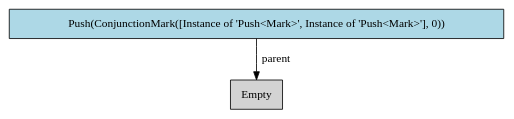
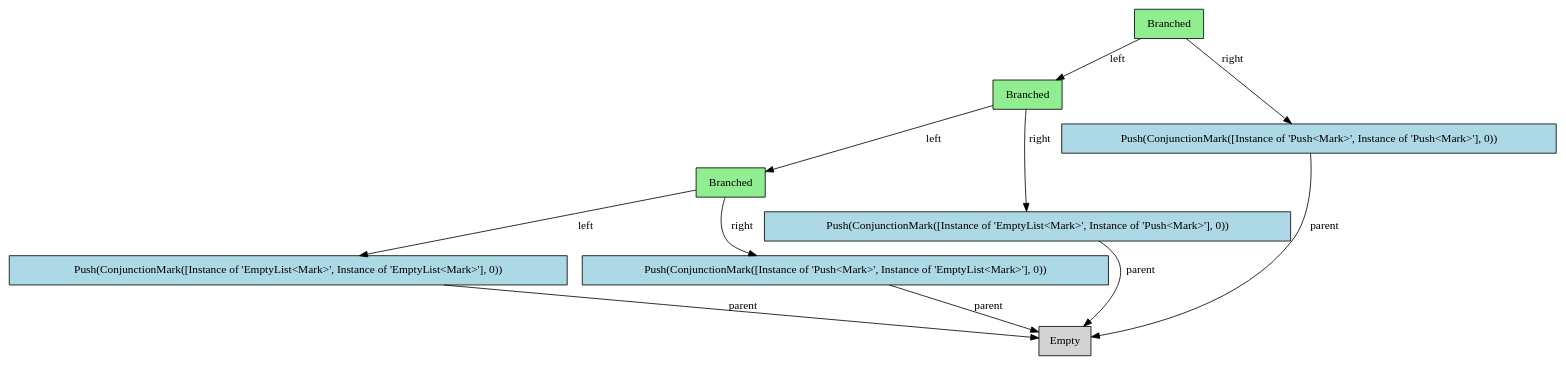
Before and after one commit to water-mizuu/glush_dart: the diagram in another.dot, drawn with Graphviz. The commit also changed 22 other files, not shown here.

```diff
--- a/another.dot
+++ b/another.dot
@@ -1,7 +1,22 @@
 digraph GlushList {
   node [shape=box, style=rounded];
   rankdir=TB;
-  node_0 [label="Push(ConjunctionMark([Instance of 'Push<Mark>', Instance of 'Push<Mark>'], 0))", style="filled", fillcolor="lightblue"];
-  node_0 -> node_1 [label="parent"];
-  node_1 [label="Empty", style="filled", fillcolor="lightgray"];
+  node_0 [label="Branched", style="filled", fillcolor="lightgreen"];
+  node_0 -> node_1 [label="left"];
+  node_1 [label="Branched", style="filled", fillcolor="lightgreen"];
+  node_1 -> node_2 [label="left"];
+  node_2 [label="Branched", style="filled", fillcolor="lightgreen"];
+  node_2 -> node_3 [label="left"];
+  node_3 [label="Push(ConjunctionMark([Instance of 'EmptyList<Mark>', Instance of 'EmptyList<Mark>'], 0))", style="filled", fillcolor="lightblue"];
+  node_3 -> node_4 [label="parent"];
+  node_4 [label="Empty", style="filled", fillcolor="lightgray"];
+  node_2 -> node_5 [label="right"];
+  node_5 [label="Push(ConjunctionMark([Instance of 'Push<Mark>', Instance of 'EmptyList<Mark>'], 0))", style="filled", fillcolor="lightblue"];
+  node_5 -> node_4 [label="parent"];
+  node_1 -> node_6 [label="right"];
+  node_6 [label="Push(ConjunctionMark([Instance of 'EmptyList<Mark>', Instance of 'Push<Mark>'], 0))", style="filled", fillcolor="lightblue"];
+  node_6 -> node_4 [label="parent"];
+  node_0 -> node_7 [label="right"];
+  node_7 [label="Push(ConjunctionMark([Instance of 'Push<Mark>', Instance of 'Push<Mark>'], 0))", style="filled", fillcolor="lightblue"];
+  node_7 -> node_4 [label="parent"];
 }
```
